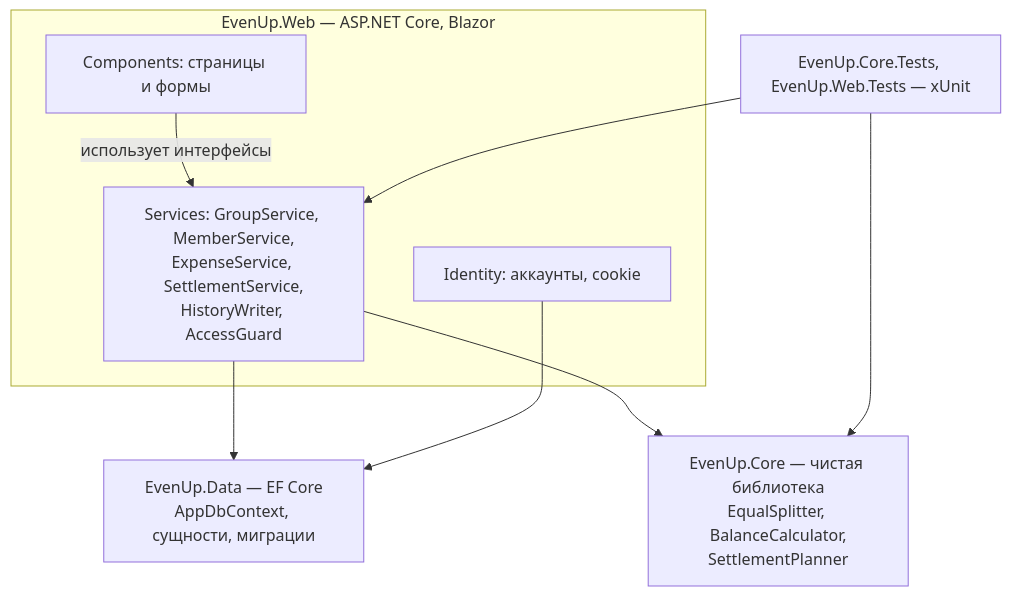
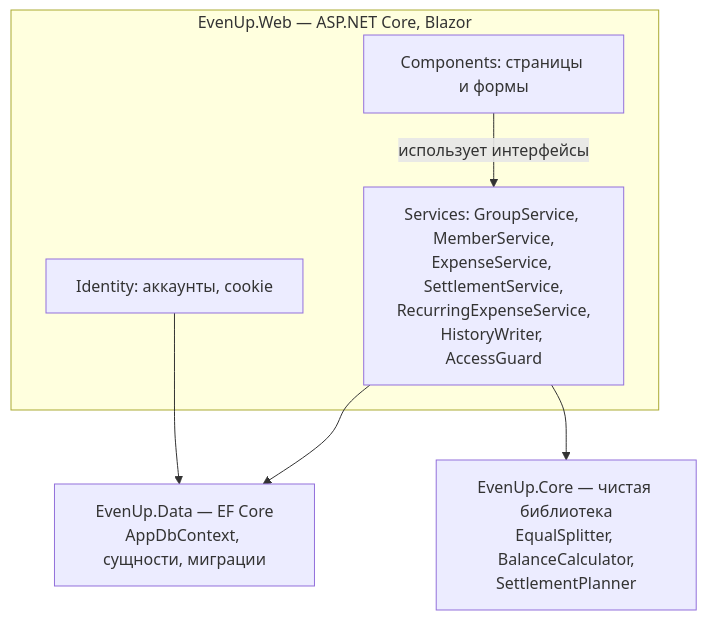
One commit to ykleyka/SDLC changed the first of 2 diagrams in docs/design/sdd.md. Above: the diagram before and after it, drawn with Mermaid. The commit also changed other lines of this file and 4 other files, not shown here.

````diff
--- a/docs/design/sdd.md
+++ b/docs/design/sdd.md
@@ -278,17 +290,14 @@
 ```mermaid
 flowchart TB
     subgraph Web[EvenUp.Web — ASP.NET Core, Blazor]
         UI[Components: страницы и формы]
-        Svc[Services: GroupService, MemberService,<br/>ExpenseService, SettlementService,<br/>HistoryWriter, AccessGuard]
+        Svc[Services: GroupService, MemberService,<br/>ExpenseService, SettlementService,<br/>RecurringExpenseService,<br/>HistoryWriter, AccessGuard]
         Id[Identity: аккаунты, cookie]
     end
     Data[EvenUp.Data — EF Core<br/>AppDbContext, сущности, миграции]
     Core[EvenUp.Core — чистая библиотека<br/>EqualSplitter, BalanceCalculator,<br/>SettlementPlanner]
-    Tests[EvenUp.Core.Tests, EvenUp.Web.Tests — xUnit]
     UI -->|использует интерфейсы| Svc
     Svc --> Data
     Svc --> Core
     Id --> Data
-    Tests --> Core
-    Tests --> Svc
 ```
````
